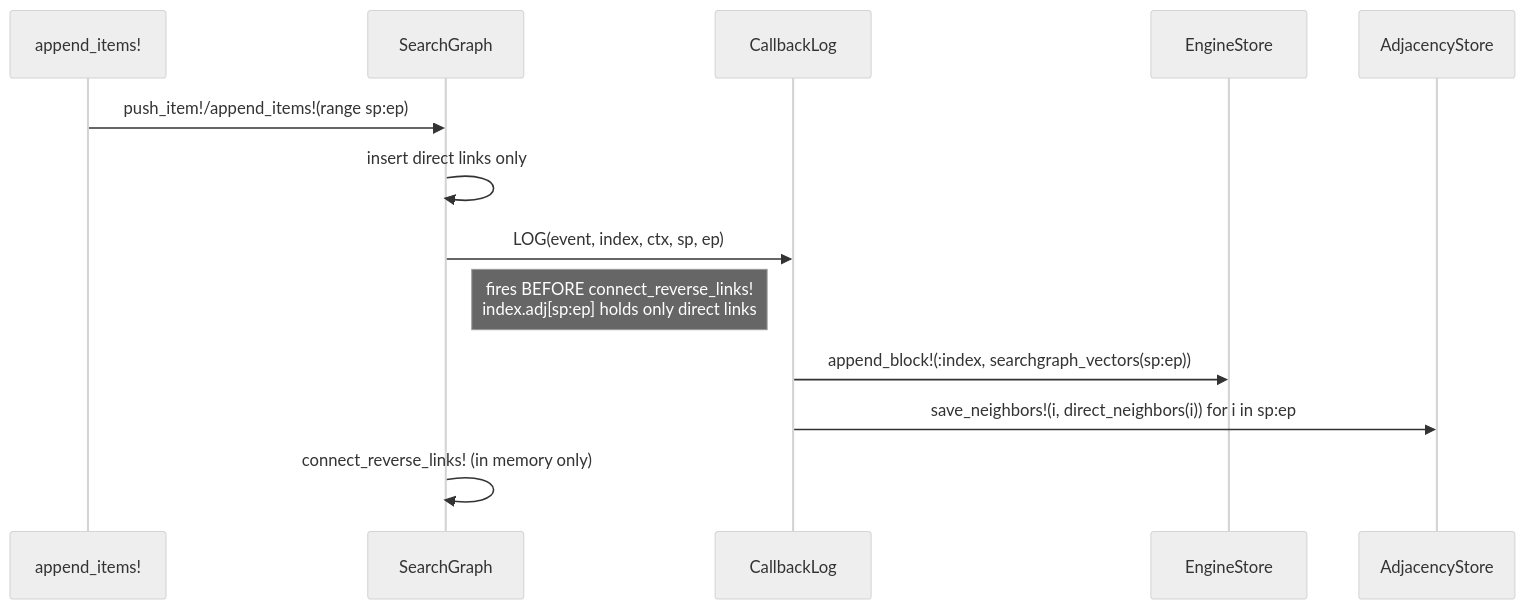
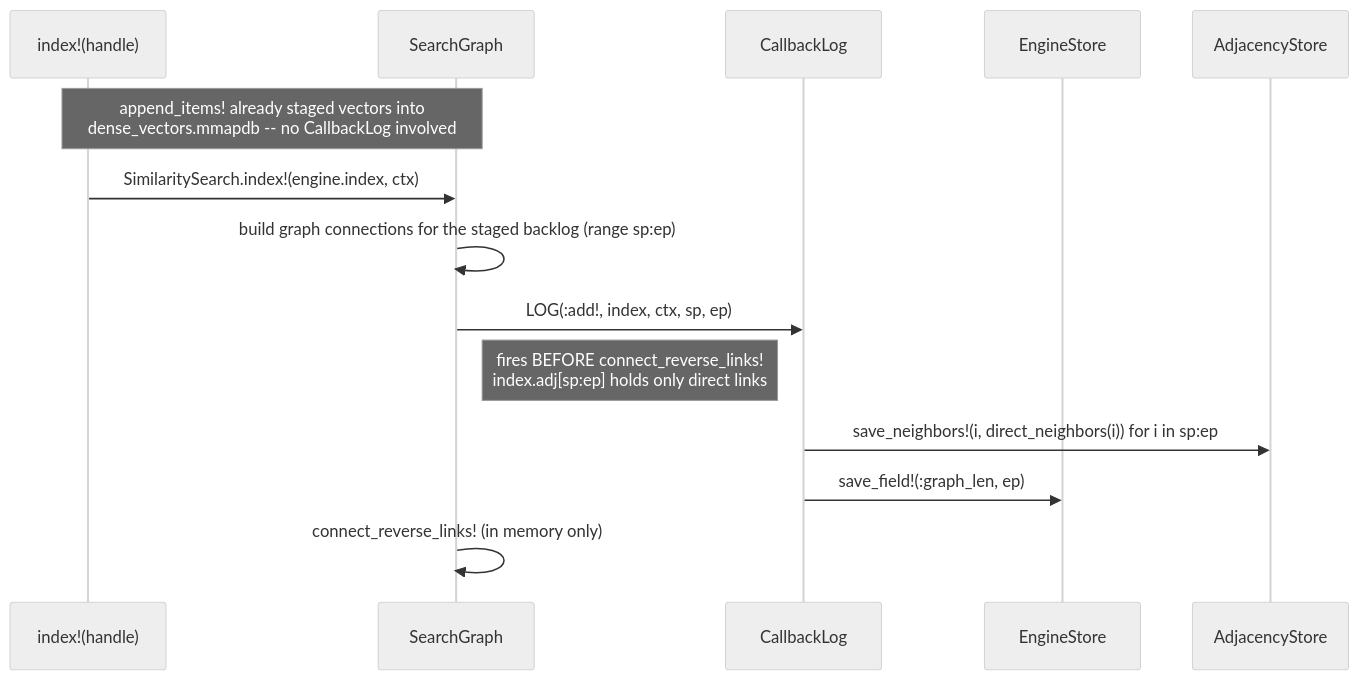
One commit to sadit/SimilaritySearchEngine.jl changed the sixth of 8 diagrams in manual/architecture.qmd. Above: the diagram before and after it, drawn with Mermaid (neutral theme). The commit also changed other lines of this file and 12 other files, not shown here.

````diff
--- a/manual/architecture.qmd
+++ b/manual/architecture.qmd
@@ -233,16 +301,17 @@
 ```{mermaid}
 sequenceDiagram
-    participant Caller as append_items!
+    participant Caller as index!(handle)
     participant Idx as SearchGraph
     participant CB as CallbackLog
     participant ES as EngineStore
     participant AS as AdjacencyStore
 
-    Caller->>Idx: push_item!/append_items!(range sp:ep)
-    Idx->>Idx: insert direct links only
-    Idx->>CB: LOG(event, index, ctx, sp, ep)
+    Note over Caller,Idx: append_items! already staged vectors into<br/>dense_vectors.mmapdb -- no CallbackLog involved
+    Caller->>Idx: SimilaritySearch.index!(engine.index, ctx)
+    Idx->>Idx: build graph connections for the staged backlog (range sp:ep)
+    Idx->>CB: LOG(:add!, index, ctx, sp, ep)
     Note right of Idx: fires BEFORE connect_reverse_links!<br/>index.adj[sp:ep] holds only direct links
-    CB->>ES: append_block!(:index, searchgraph_vectors(sp:ep))
     CB->>AS: save_neighbors!(i, direct_neighbors(i)) for i in sp:ep
+    CB->>ES: save_field!(:graph_len, ep)
     Idx->>Idx: connect_reverse_links! (in memory only)
 ```
````
